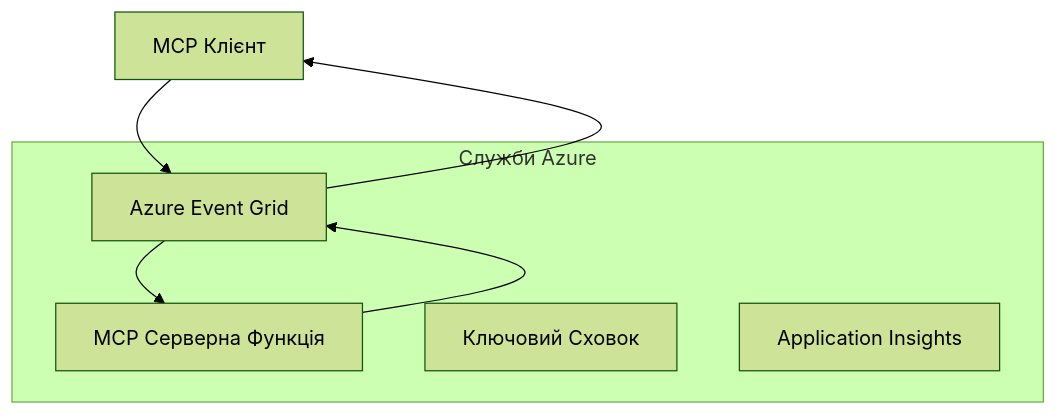
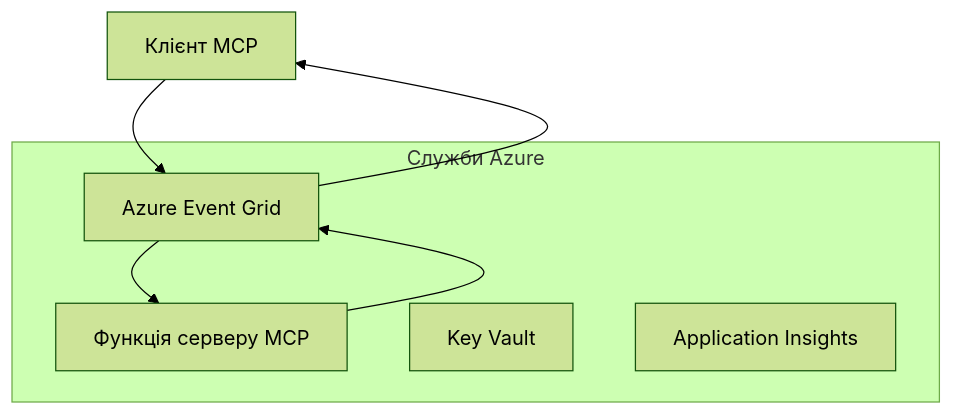
The first of 2 diagrams in mcp_ecosystem__model_context_protocol/mcp_learning_resources/mcp-for-beginners/translations/uk/05-AdvancedTopics/mcp-transport/README.md (HIDORAKAI002/ai-workspace-archive), drawn with Mermaid (forest theme) before and after one commit. The commit also changed other lines of this file and 1046 other files, not shown here.

````diff
--- a/mcp_ecosystem__model_context_protocol/mcp_learning_resources/mcp-for-beginners/translations/uk/05-AdvancedTopics/mcp-transport/README.md
+++ b/mcp_ecosystem__model_context_protocol/mcp_learning_resources/mcp-for-beginners/translations/uk/05-AdvancedTopics/mcp-transport/README.md
@@ -58,14 +60,14 @@
 ```mermaid
 graph TB
-    Client[MCP Клієнт] --> EG[Azure Event Grid]
-    EG --> Server[MCP Серверна Функція]
+    Client[Клієнт MCP] --> EG[Azure Event Grid]
+    EG --> Server[Функція серверу MCP]
     Server --> EG
     EG --> Client
     
     subgraph "Служби Azure"
         EG
         Server
-        KV[Ключовий Сховок]
+        KV[Key Vault]
         Monitor[Application Insights]
     end
 ```
````
